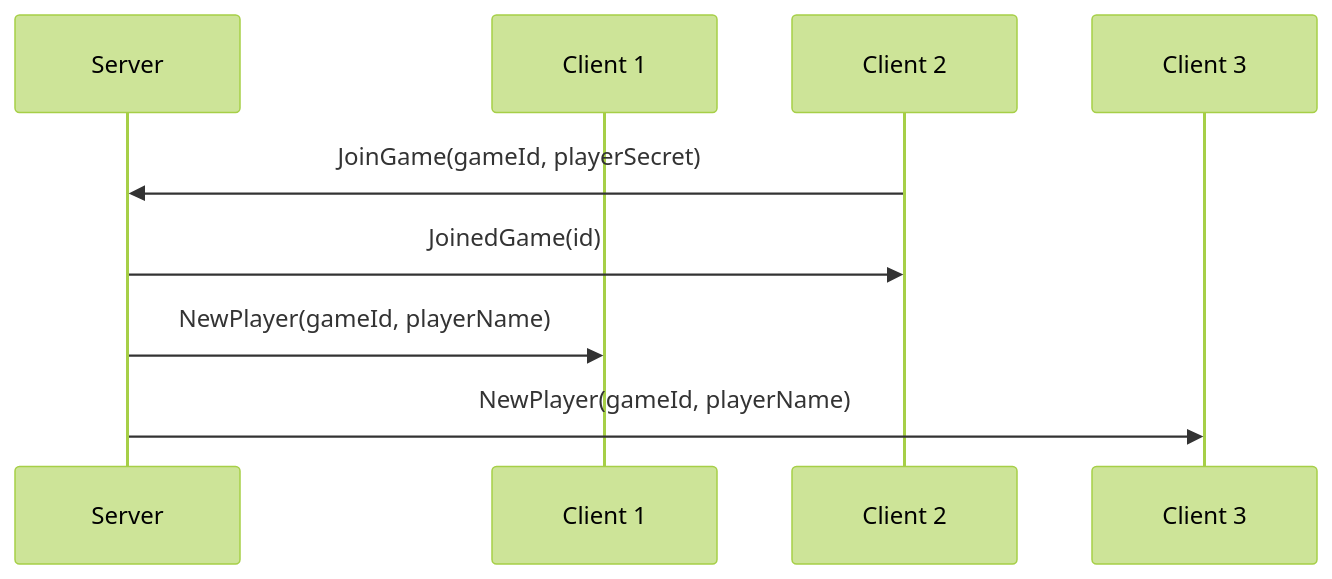
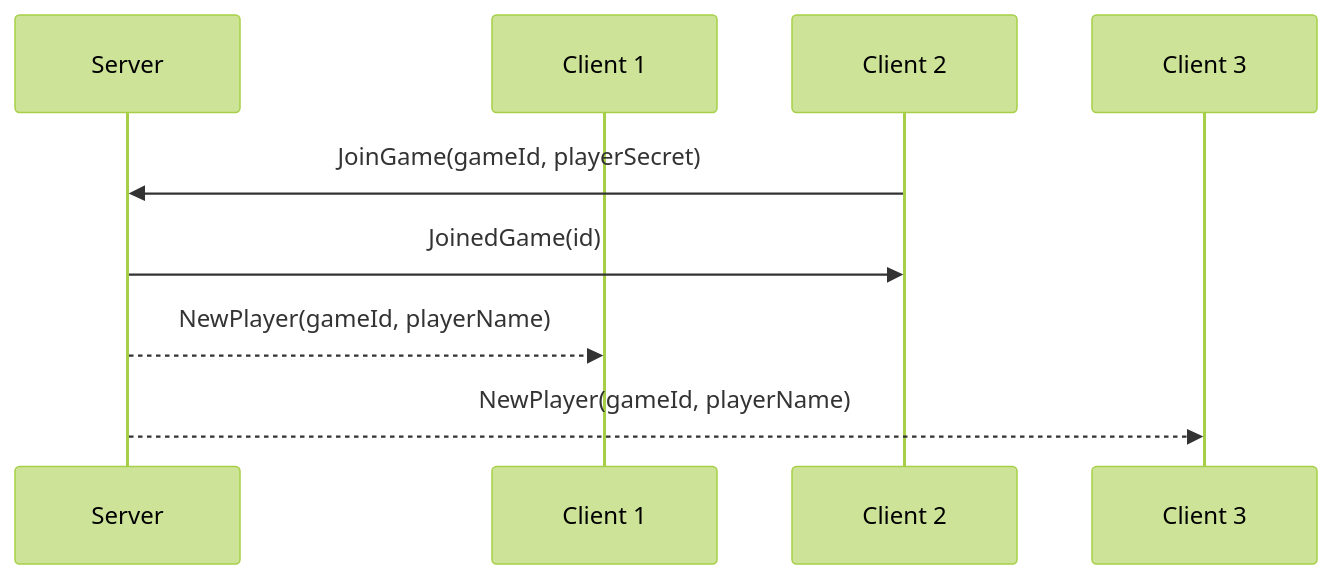
One commit to roman-zubarevich/another changed the eighth of 15 diagrams in docs/LOBBY.md. Above: the diagram before and after it, drawn with Mermaid (forest theme). The commit also changed other lines of this file, not shown here.

````diff
--- a/docs/LOBBY.md
+++ b/docs/LOBBY.md
@@ -101,11 +101,11 @@
 ```mermaid
 sequenceDiagram
     participant S as Server
     participant C1 as Client 1
     participant C2 as Client 2
     participant C3 as Client 3
     C2->>S: JoinGame(gameId, playerSecret)
     S->>C2: JoinedGame(id)
-    S->>C1: NewPlayer(gameId, playerName)
-    S->>C3: NewPlayer(gameId, playerName)
+    S-->>C1: NewPlayer(gameId, playerName)
+    S-->>C3: NewPlayer(gameId, playerName)
 ```
````
